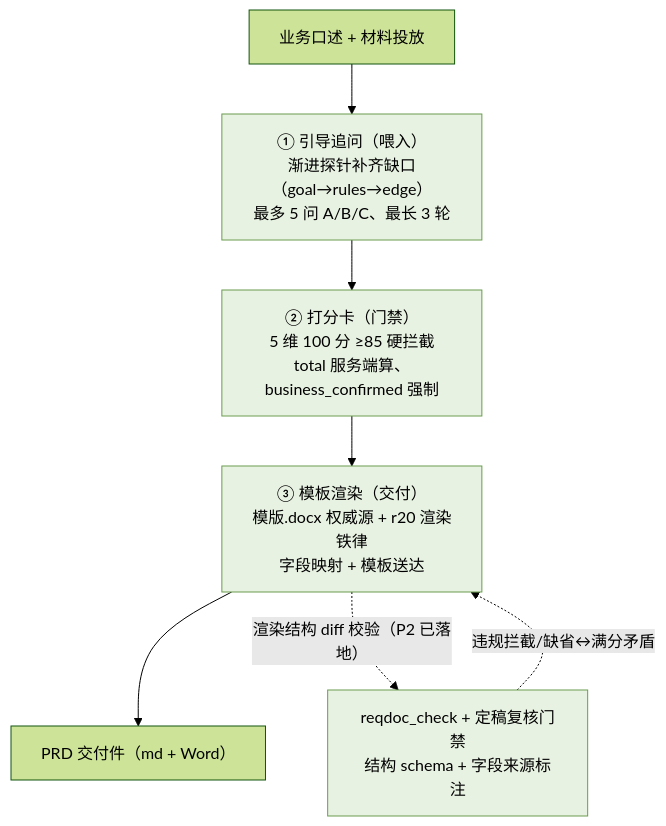
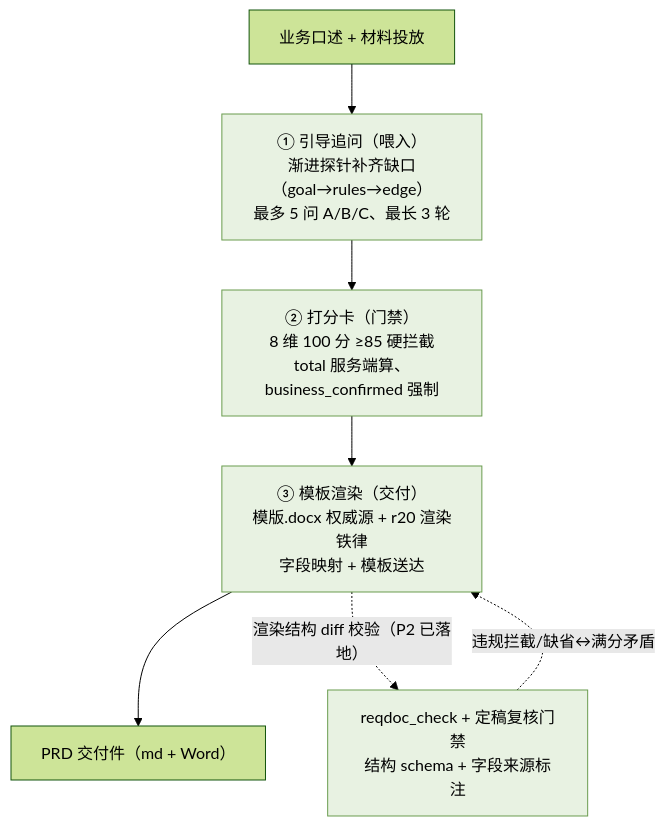
The first of 4 diagrams in opencode-session-mgmt/docs/workflow-reqdoc.md (wonglaitung/opencode), drawn with Mermaid (forest theme) before and after one commit. The commit also changed other lines of this file and 11 other files, not shown here.

````diff
--- a/opencode-session-mgmt/docs/workflow-reqdoc.md
+++ b/opencode-session-mgmt/docs/workflow-reqdoc.md
@@ -19,14 +19,14 @@
 ```mermaid
 flowchart TD
     I["业务口述 + 材料投放"] --> A["① 引导追问（喂入）<br/>渐进探针补齐缺口（goal→rules→edge）<br/>最多 5 问 A/B/C、最长 3 轮"]
-    A --> B["② 打分卡（门禁）<br/>5 维 100 分 ≥85 硬拦截<br/>total 服务端算、business_confirmed 强制"]
+    A --> B["② 打分卡（门禁）<br/>8 维 100 分 ≥85 硬拦截<br/>total 服务端算、business_confirmed 强制"]
     B --> C["③ 模板渲染（交付）<br/>模版.docx 权威源 + r20 渲染铁律<br/>字段映射 + 模板送达"]
     C --> O["PRD 交付件（md + Word）"]
     C -. 渲染结构 diff 校验（P2 已落地） .-> D["reqdoc_check + 定稿复核门禁<br/>结构 schema + 字段来源标注"]
     D -. 违规拦截/缺省↔满分矛盾 .-> C
     %% 风险分布：三大支柱均已结构性固化（绿色）
     style A fill:#e8f2e2,stroke:#6a9c4f
     style B fill:#e8f2e2,stroke:#6a9c4f
     style C fill:#e8f2e2,stroke:#6a9c4f
     style D fill:#e8f2e2,stroke:#6a9c4f
 ```
````
